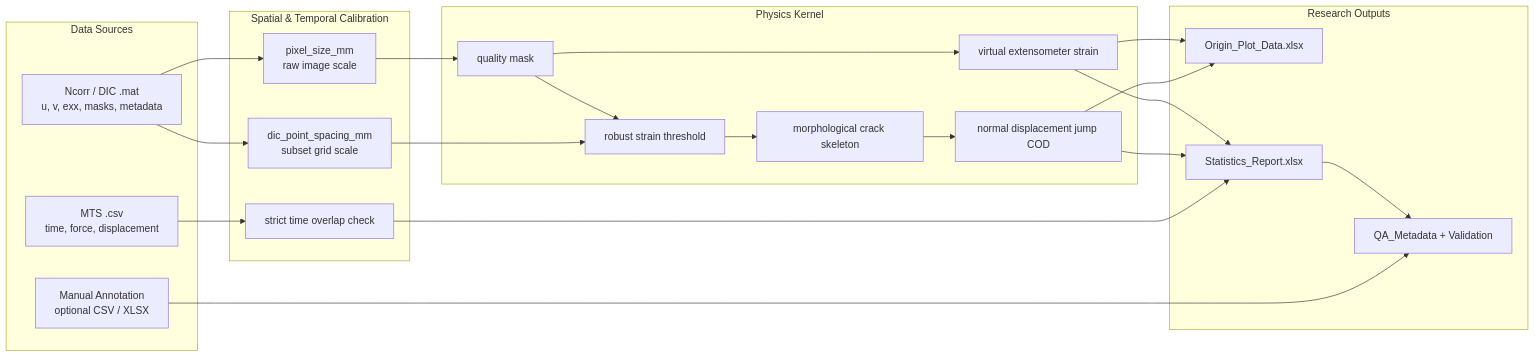
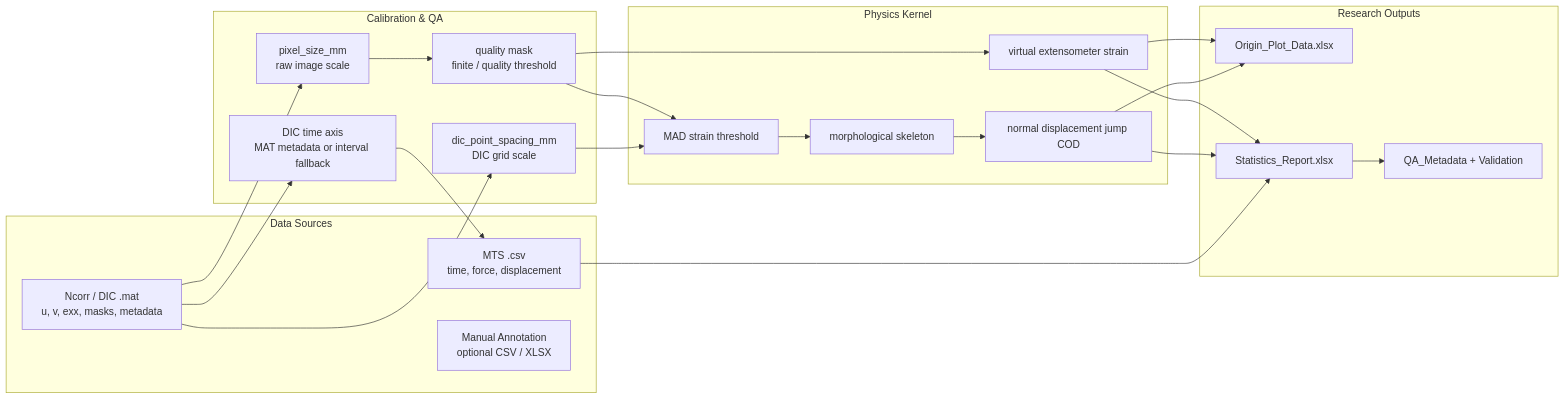
The diagram in README.md (liqinglq666/CrackVision-DIC), drawn with Mermaid before and after one commit. The commit also changed other lines of this file, not shown here.

````diff
--- a/README.md
+++ b/README.md
@@ -14,41 +26,40 @@
 ```mermaid
 flowchart LR
     subgraph Input["Data Sources"]
         A["Ncorr / DIC .mat<br/>u, v, exx, masks, metadata"]
         B["MTS .csv<br/>time, force, displacement"]
         C["Manual Annotation<br/>optional CSV / XLSX"]
     end
 
-    subgraph Calibration["Spatial & Temporal Calibration"]
+    subgraph Calibration["Calibration & QA"]
         D["pixel_size_mm<br/>raw image scale"]
-        E["dic_point_spacing_mm<br/>subset grid scale"]
-        F["strict time overlap check"]
+        E["dic_point_spacing_mm<br/>DIC grid scale"]
+        T["DIC time axis<br/>MAT metadata or interval fallback"]
+        Q["quality mask<br/>finite / quality threshold"]
     end
 
     subgraph Physics["Physics Kernel"]
-        G["quality mask"]
-        H["robust strain threshold"]
-        I["morphological crack skeleton"]
+        H["MAD strain threshold"]
+        I["morphological skeleton"]
         J["normal displacement jump COD"]
         K["virtual extensometer strain"]
     end
 
     subgraph Export["Research Outputs"]
         L["Origin_Plot_Data.xlsx"]
         M["Statistics_Report.xlsx"]
         N["QA_Metadata + Validation"]
     end
 
-    A --> D --> G
+    A --> D --> Q
     A --> E --> H
-    B --> F
-    C --> N
-    G --> H --> I --> J
-    G --> K
-    F --> M
+    A --> T --> B
+    Q --> H --> I --> J
+    Q --> K
+    B --> M
     J --> L
     K --> L
     J --> M
     K --> M
     M --> N
 ```
````
